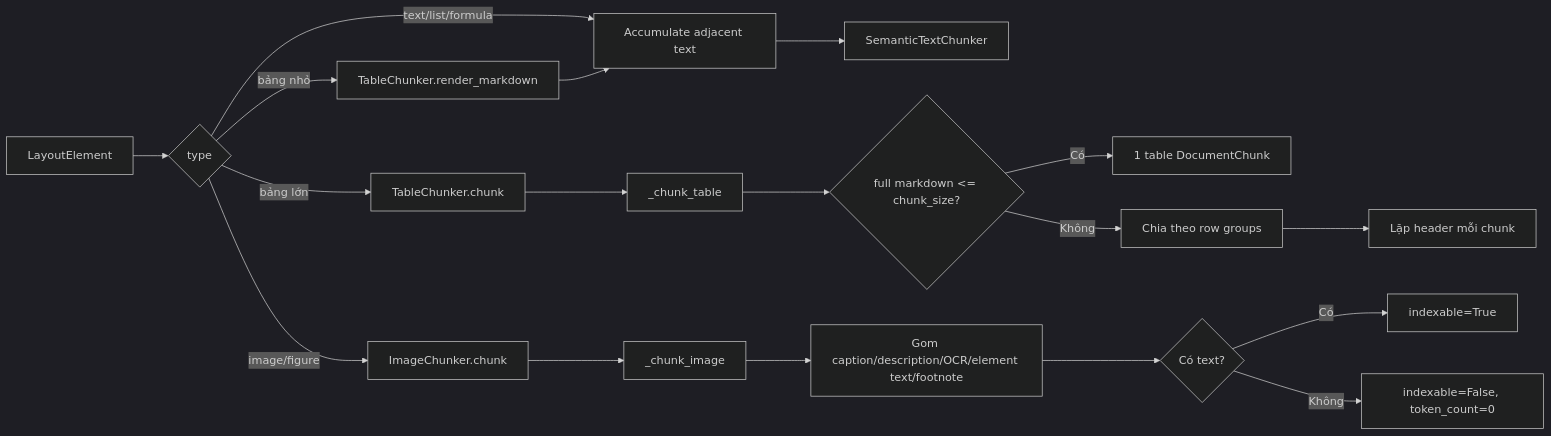
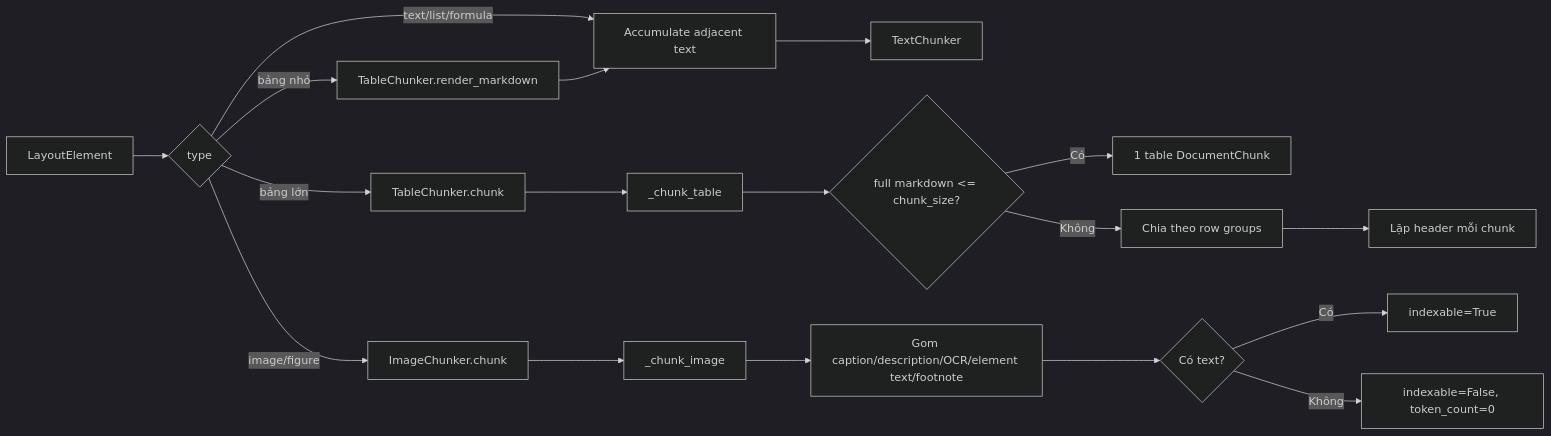
The fifth of 5 diagrams in docs/chunking_call_flow.md (NDQuynh259/ragflow-api), drawn with Mermaid (dark theme) before and after one commit. The commit also changed other lines of this file and 17 other files, not shown here.

First line of the commit message:
Refactor chunking architecture: Rename HeadingAwareChunker to MultimodalChunker

````diff
--- a/docs/chunking_call_flow.md
+++ b/docs/chunking_call_flow.md
@@ -158,23 +158,23 @@
 ```mermaid
 flowchart LR
     A[LayoutElement] --> B{type}
     B -->|text/list/formula| C[Accumulate adjacent text]
-    C --> D[SemanticTextChunker]
+    C --> D[TextChunker]
 
     B -->|bảng nhỏ| E[TableChunker.render_markdown]
     E --> C
 
     B -->|bảng lớn| F[TableChunker.chunk]
     F --> G[_chunk_table]
     G --> H{full markdown <= chunk_size?}
     H -->|Có| I[1 table DocumentChunk]
     H -->|Không| J[Chia theo row groups]
     J --> K[Lặp header mỗi chunk]
 
     B -->|image/figure| L[ImageChunker.chunk]
     L --> M[_chunk_image]
     M --> N[Gom caption/description/OCR/element text/footnote]
     N --> O{Có text?}
     O -->|Có| P[indexable=True]
     O -->|Không| Q[indexable=False, token_count=0]
 ```
````
